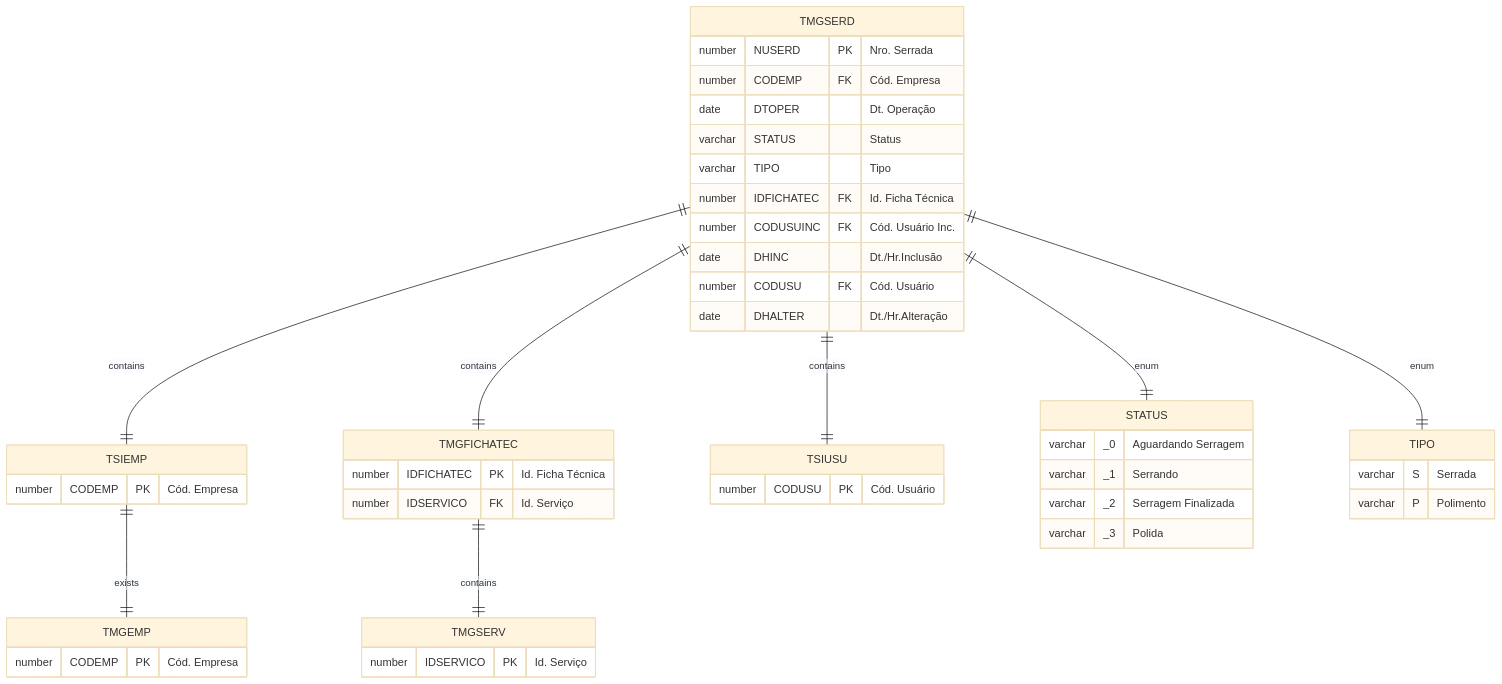
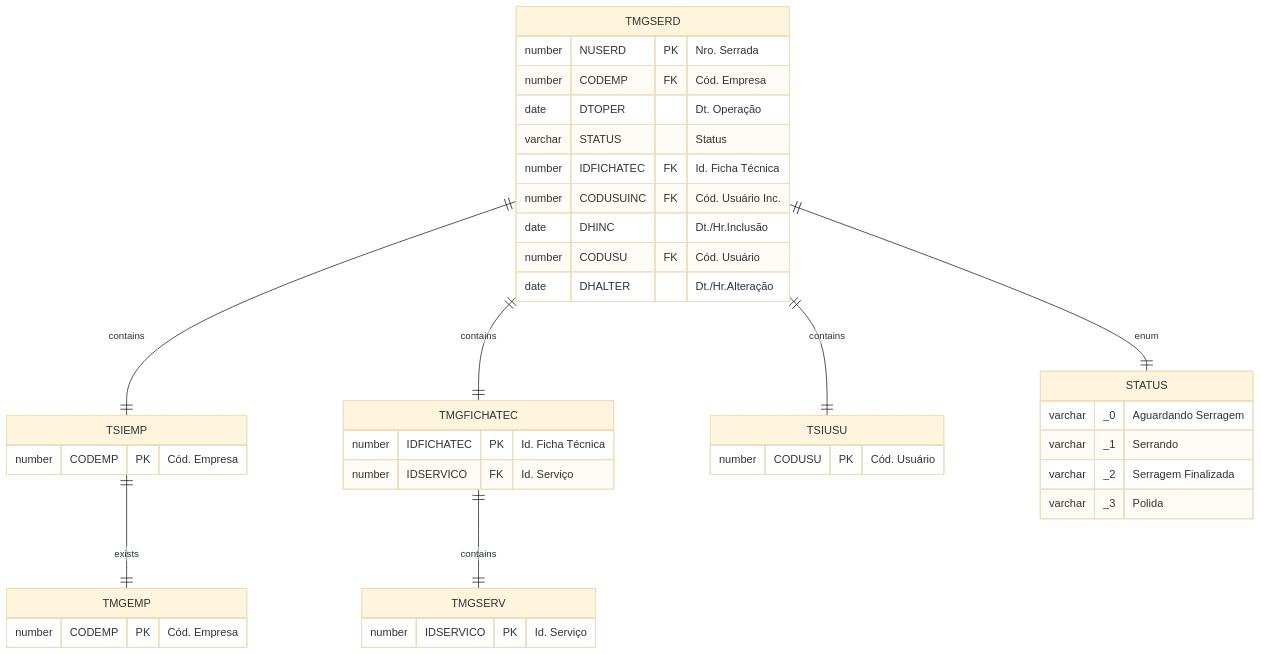
One commit to cbmsoft/margrandocs changed the diagram in docs/_database/TMGSERD.md. Above: the diagram before and after it, drawn with Mermaid (base theme). The commit also changed 3 other files, not shown here.

````diff
--- a/docs/_database/TMGSERD.md
+++ b/docs/_database/TMGSERD.md
@@ -43,50 +43,44 @@
 ```mermaid
 erDiagram
     TMGSERD ||--|| TSIEMP : contains
     TMGSERD ||--|| TMGFICHATEC : contains
     TMGFICHATEC ||--|| TMGSERV : contains
     TMGSERD ||--|| TSIUSU : contains
     TMGSERD ||--|| STATUS : enum
-    TMGSERD ||--|| TIPO : enum
     
     TSIEMP ||--|| TMGEMP : exists
 
     TMGSERD {
         number NUSERD PK "Nro. Serrada"
         number CODEMP FK "Cód. Empresa"
         date DTOPER "Dt. Operação"
         varchar STATUS "Status"
-        varchar TIPO "Tipo"
         number IDFICHATEC FK "Id. Ficha Técnica"
         number CODUSUINC FK "Cód. Usuário Inc."
         date DHINC "Dt./Hr.Inclusão"
         number CODUSU FK "Cód. Usuário"
         date DHALTER "Dt./Hr.Alteração"
     }
     TMGFICHATEC {
         number IDFICHATEC PK "Id. Ficha Técnica"
 		number IDSERVICO FK "Id. Serviço"
     }
 	TMGSERV {
 		number IDSERVICO PK "Id. Serviço"
 	}
     TSIUSU {
         number CODUSU PK "Cód. Usuário"
     }
     STATUS {
         varchar _0 "Aguardando Serragem"
         varchar _1 "Serrando"
         varchar _2 "Serragem Finalizada"
         varchar _3 "Polida"
 	}
-    TIPO {
-        varchar S "Serrada"
-        varchar P "Polimento"
-	}
     TSIEMP {
         number CODEMP PK "Cód. Empresa"
     }
     TMGEMP {
         number CODEMP PK "Cód. Empresa"
     }
 ```
````
